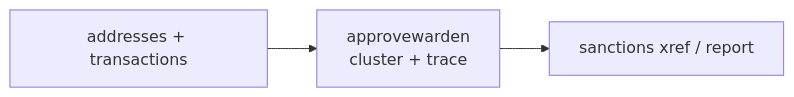
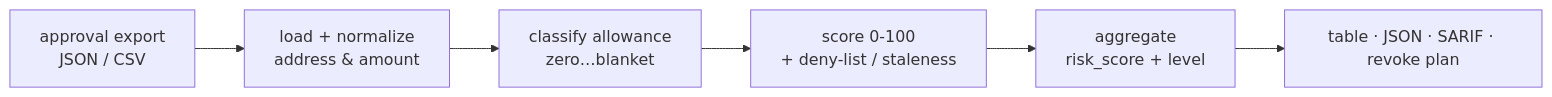
Before and after one commit to cognis-digital/approvewarden: the diagram in README.md, drawn with Mermaid. The commit also changed other lines of this file and 14 other files, not shown here.

First line of the commit message:
Add real core API, SARIF/revoke outputs, genuine polyglot ports, and 120+ tests

````diff
--- a/README.md
+++ b/README.md
@@ -106,5 +327,8 @@
 ```mermaid
 flowchart LR
-  IN[addresses + transactions] --> P[approvewarden<br/>cluster + trace]
-  P --> OUT[sanctions xref / report]
+  EX[approval export<br/>JSON / CSV] --> L[load + normalize<br/>address & amount]
+  L --> C[classify allowance<br/>zero…blanket]
+  C --> S[score 0-100<br/>+ deny-list / staleness]
+  S --> A[aggregate<br/>risk_score + level]
+  A --> OUT[table · JSON · SARIF · revoke plan]
 ```
````
